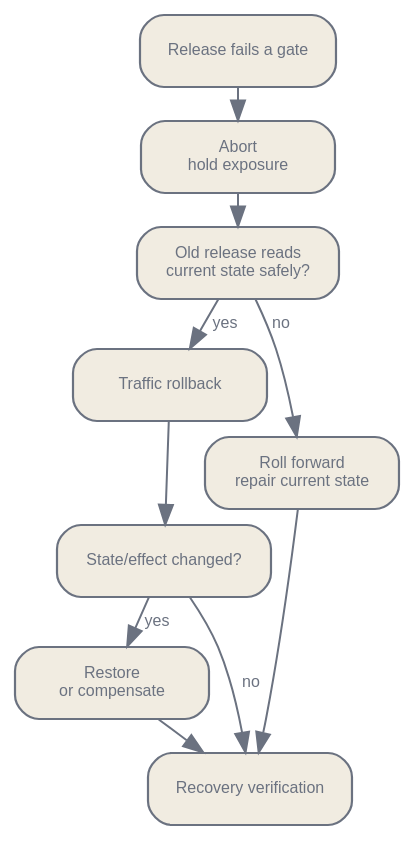
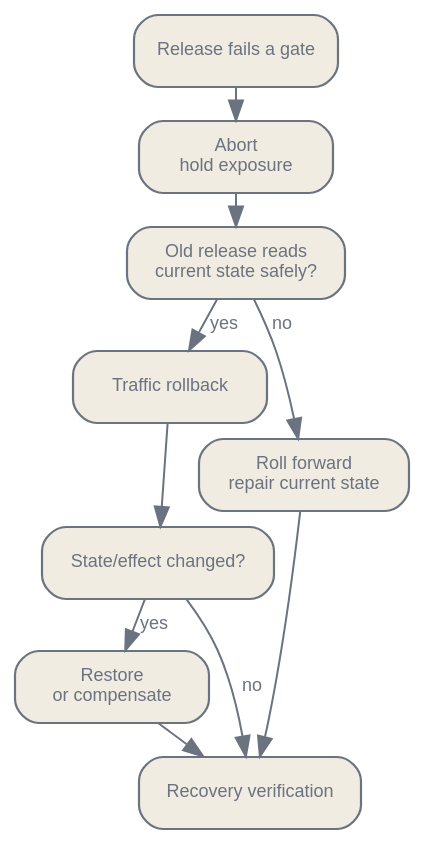
Before and after one commit to latere-ai/ai-as-an-infrastructure: the third of 3 diagrams in en/practice/09-deployment-lifecycle.qmd, drawn with Graphviz. The commit also changed other lines of this file and 2 other files, not shown here.

Commit message:
practice: rollout simulation with an always-valid non-inferiority gate per stage; deployment diagrams at 9 pt

````diff
--- a/en/practice/09-deployment-lifecycle.qmd
+++ b/en/practice/09-deployment-lifecycle.qmd
@@ -326,28 +326,28 @@
 ```{dot}
 //| label: fig-recovery-path
 //| fig-cap: "Recovery follows the state that changed. Abort stops a ramp; Restore adds state recovery or compensation; Roll forward repairs a state that an older release cannot safely consume."
 digraph {
   bgcolor="transparent";
   rankdir=TB;
   nodesep=0.14; ranksep=0.22;
-  node [shape=box, style="rounded,filled", fontname="Helvetica", fontsize=8, color="#6b7280", fontcolor="#6b7280", fillcolor="#f1ece1", penwidth=1.1, width=1.35];
-  edge [fontsize=8, fontname="Helvetica", color="#6b7280", fontcolor="#6b7280"];
+  node [shape=box, style="rounded,filled", fontname="Helvetica", fontsize=9, color="#6b7280", fontcolor="#6b7280", fillcolor="#f1ece1", penwidth=1.1, width=1.35];
+  edge [fontsize=9, fontname="Helvetica", color="#6b7280", fontcolor="#6b7280"];
 
   X [label="Release fails a gate"];
   A [label="Abort\nhold exposure"];
   Q [label="Old release reads\ncurrent state safely?"];
   T [label="Traffic rollback"];
   S [label="State/effect changed?"];
   R [label="Restore\nor compensate"];
   F [label="Roll forward\nrepair current state"];
   V [label="Recovery verification"];
   X -> A -> Q;
   Q -> T [label="yes"];
   Q -> F [label="no"];
   T -> S;
   S -> V [label="no"];
   S -> R [label="yes"];
   R -> V;
   F -> V;
 }
 ```
````
